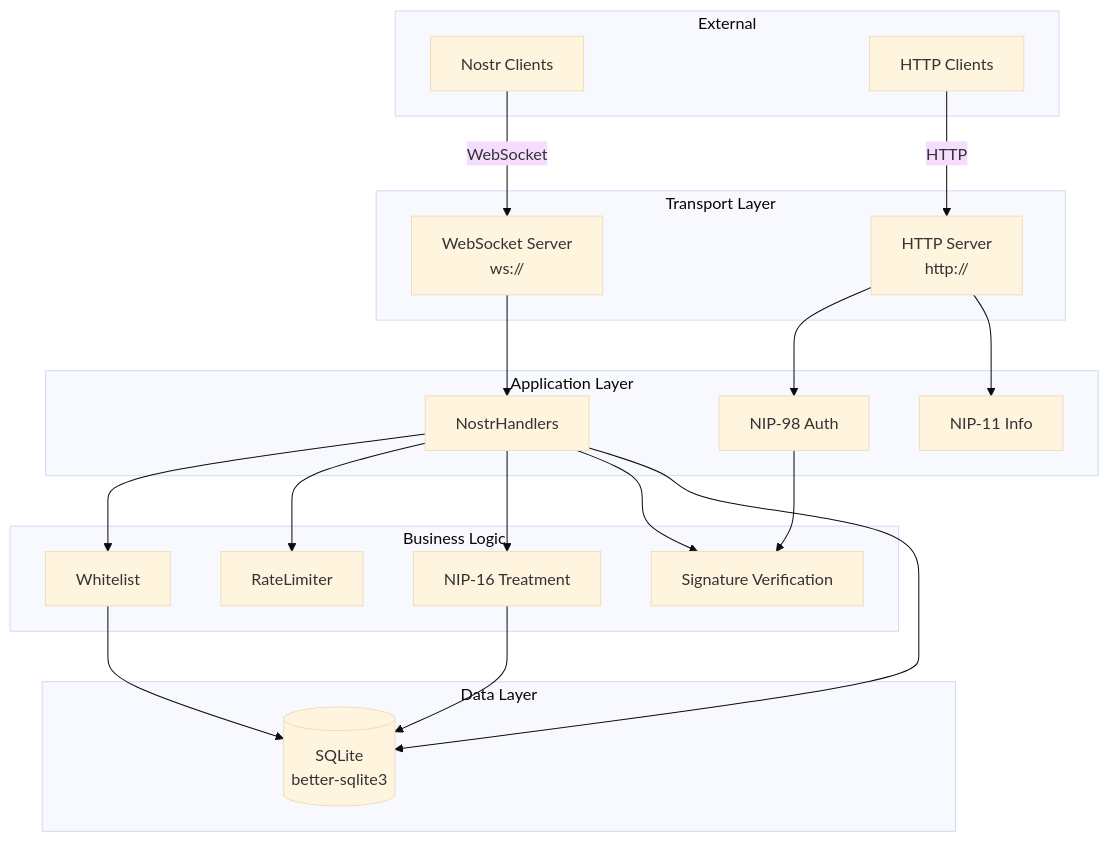
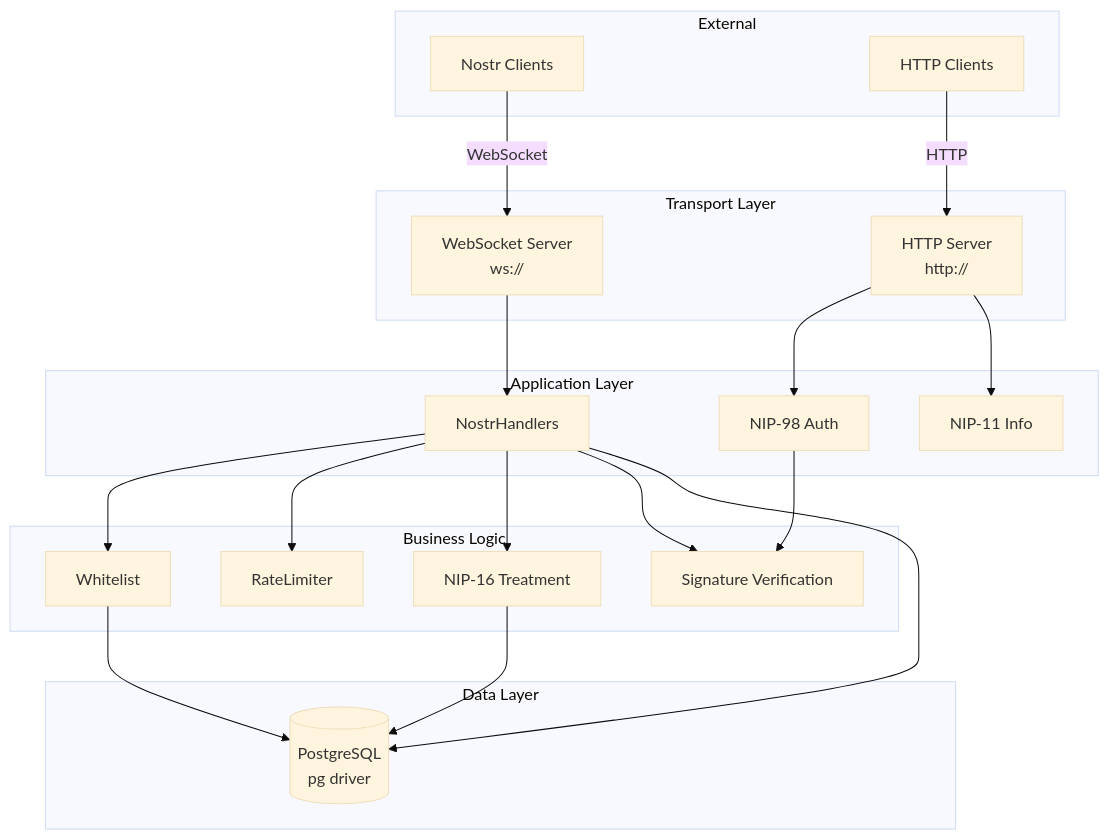
The first of 11 diagrams in services/nostr-relay/docs/ARCHITECTURE.md (DreamLab-AI/fairfield), drawn with Mermaid (base theme) before and after one commit. The commit also changed other lines of this file and 39 other files, not shown here.

````diff
--- a/services/nostr-relay/docs/ARCHITECTURE.md
+++ b/services/nostr-relay/docs/ARCHITECTURE.md
@@ -7,46 +7,46 @@
 ```mermaid
 graph TB
     subgraph External
         NC[Nostr Clients]
         HC[HTTP Clients]
     end
 
     subgraph "Transport Layer"
         WSS[WebSocket Server<br/>ws://]
         HTTPS[HTTP Server<br/>http://]
     end
 
     subgraph "Application Layer"
         NH[NostrHandlers]
         N98[NIP-98 Auth]
         N11[NIP-11 Info]
     end
 
     subgraph "Business Logic"
         WL[Whitelist]
         RL[RateLimiter]
         N16[NIP-16 Treatment]
         SV[Signature Verification]
     end
 
     subgraph "Data Layer"
-        DB[(SQLite<br/>better-sqlite3)]
+        DB[(PostgreSQL<br/>pg driver)]
     end
 
     NC -->|WebSocket| WSS
     HC -->|HTTP| HTTPS
 
     WSS --> NH
     HTTPS --> N98
     HTTPS --> N11
 
     NH --> WL
     NH --> RL
     NH --> N16
     NH --> SV
     N98 --> SV
 
     WL --> DB
     NH --> DB
     N16 --> DB
 ```
````
